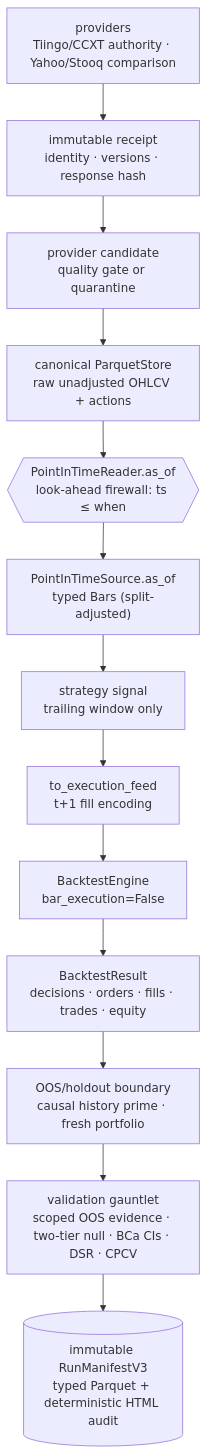
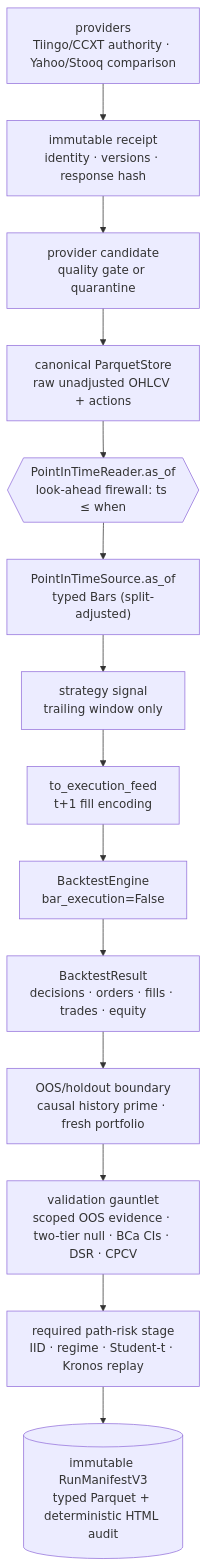
The third of 6 diagrams in docs/ARCHITECTURE.md (tradingsystem1880-eng/Project-ALPHA), drawn with Mermaid before and after one commit. The commit also changed other lines of this file and 55 other files, not shown here.

````diff
--- a/docs/ARCHITECTURE.md
+++ b/docs/ARCHITECTURE.md
@@ -156,15 +156,16 @@
 ```mermaid
 flowchart TD
     A["providers<br/>Tiingo/CCXT authority · Yahoo/Stooq comparison"] --> R["immutable receipt<br/>identity · versions · response hash"]
     R --> Q["provider candidate<br/>quality gate or quarantine"]
     Q --> B["canonical ParquetStore<br/>raw unadjusted OHLCV + actions"]
     B --> C{{"PointInTimeReader.as_of<br/>look-ahead firewall: ts ≤ when"}}
     C --> D["PointInTimeSource.as_of<br/>typed Bars (split-adjusted)"]
     D --> E["strategy signal<br/>trailing window only"]
     E --> F["to_execution_feed<br/>t+1 fill encoding"]
     F --> G["BacktestEngine<br/>bar_execution=False"]
     G --> H["BacktestResult<br/>decisions · orders · fills · trades · equity"]
     H --> PRIME["OOS/holdout boundary<br/>causal history prime · fresh portfolio"]
     PRIME --> I["validation gauntlet<br/>scoped OOS evidence · two-tier null · BCa CIs · DSR · CPCV"]
-    I --> J[("immutable RunManifestV3<br/>typed Parquet + deterministic HTML audit")]
+    I --> MC["required path-risk stage<br/>IID · regime · Student-t · Kronos replay"]
+    MC --> J[("immutable RunManifestV3<br/>typed Parquet + deterministic HTML audit")]
 ```
````
